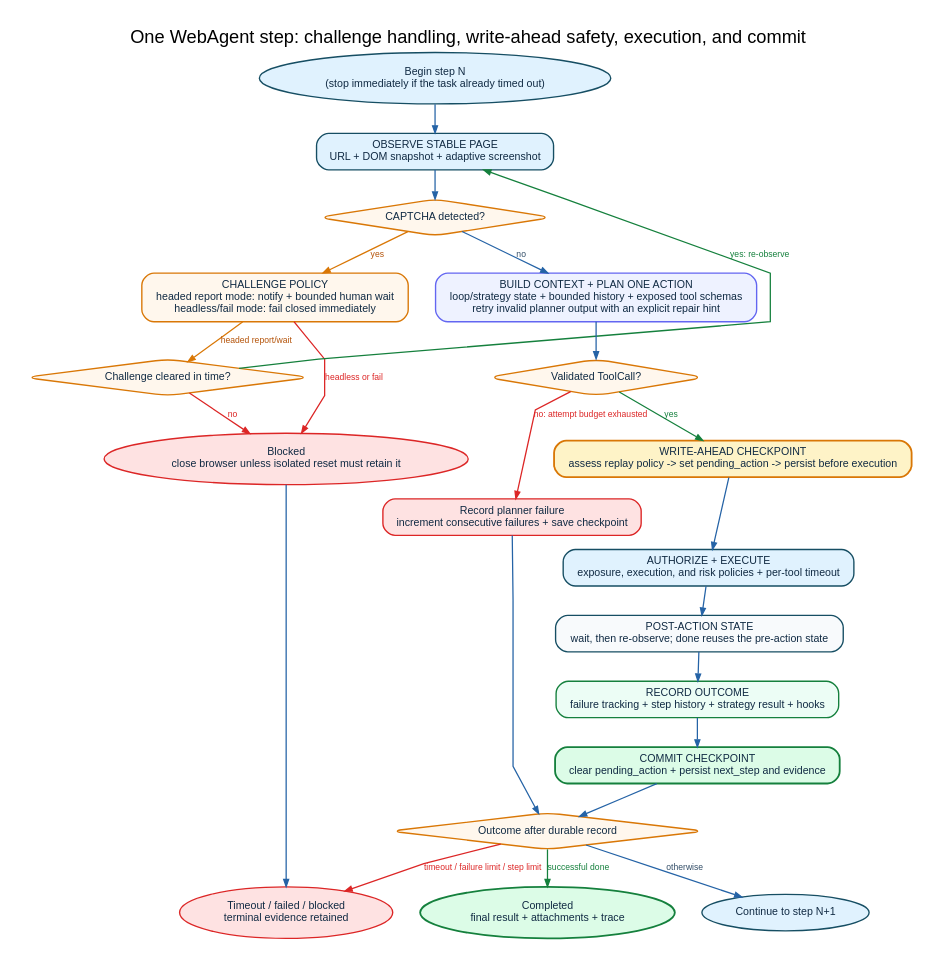
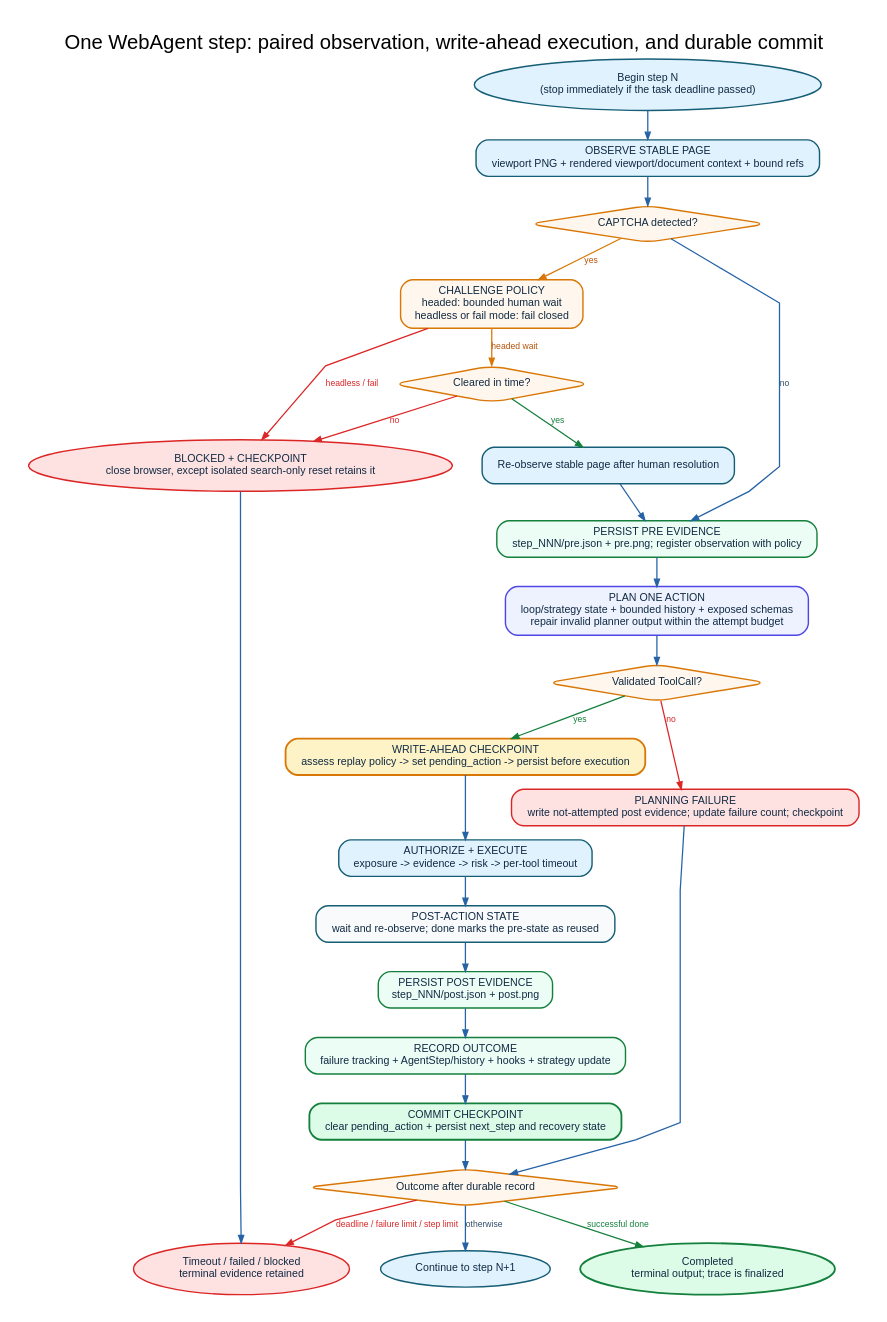
Before and after one commit to lixiuyin/web-agent: the diagram in docs/diagrams/agent-step-sequence.dot, drawn with Graphviz. The commit also changed 2535 other files, not shown here.

Commit message:
refactor agent and publish reviewed evaluation evidence

```diff
--- a/docs/diagrams/agent-step-sequence.dot
+++ b/docs/diagrams/agent-step-sequence.dot
@@ -1,92 +1,125 @@
 digraph WebAgentStep {
   graph [
     bgcolor="white",
     rankdir=TB,
     splines=polyline,
-    pad=0.22,
-    nodesep=0.38,
+    pad=0.28,
+    nodesep=0.40,
     ranksep=0.38,
     fontname="Arial",
-    fontsize=18,
+    fontsize=20,
     labelloc="t",
-    label="One WebAgent step: challenge handling, write-ahead safety, execution, and commit"
+    label="One WebAgent step: paired observation, write-ahead execution, and durable commit"
   ];
   node [
     shape=box,
     style="rounded,filled",
     fillcolor="#F8FAFC",
-    color="#164E63",
+    color="#155E75",
     fontcolor="#102A43",
     fontname="Arial",
     fontsize=10.5,
-    penwidth=1.35,
-    margin="0.15,0.09"
+    penwidth=1.4,
+    margin="0.16,0.09"
   ];
   edge [
     color="#2563A6",
     fontcolor="#334E68",
     fontname="Arial",
     fontsize=8.5,
     penwidth=1.25,
-    arrowsize=0.7
+    arrowsize=0.72
   ];
 
-  start [label="Begin step N\n(stop immediately if the task already timed out)", shape=oval, fillcolor="#E0F2FE"];
-  observe [label="OBSERVE STABLE PAGE\nURL + DOM snapshot + adaptive screenshot", fillcolor="#E0F2FE"];
+  start [label="Begin step N\n(stop immediately if the task deadline passed)", shape=oval, fillcolor="#E0F2FE"];
+  observe [
+    label="OBSERVE STABLE PAGE\nviewport PNG + rendered viewport/document context + bound refs",
+    fillcolor="#E0F2FE"
+  ];
   captcha [label="CAPTCHA detected?", shape=diamond, fillcolor="#FFF7ED", color="#D97706"];
   challenge [
-    label="CHALLENGE POLICY\nheaded report mode: notify + bounded human wait\nheadless/fail mode: fail closed immediately",
+    label="CHALLENGE POLICY\nheaded: bounded human wait\nheadless or fail mode: fail closed",
     fillcolor="#FFF7ED",
     color="#D97706"
   ];
-  cleared [label="Challenge cleared in time?", shape=diamond, fillcolor="#FFF7ED", color="#D97706"];
-  blocked [label="Blocked\nclose browser unless isolated reset must retain it", shape=oval, fillcolor="#FEE2E2", color="#DC2626"];
+  cleared [label="Cleared in time?", shape=diamond, fillcolor="#FFF7ED", color="#D97706"];
+  reobserve [label="Re-observe stable page after human resolution", fillcolor="#E0F2FE"];
+  blocked [
+    label="BLOCKED + CHECKPOINT\nclose browser, except isolated search-only reset retains it",
+    shape=oval,
+    fillcolor="#FEE2E2",
+    color="#DC2626"
+  ];
+  pre [
+    label="PERSIST PRE EVIDENCE\nstep_NNN/pre.json + pre.png; register observation with policy",
+    fillcolor="#ECFDF5",
+    color="#15803D"
+  ];
 
   plan [
-    label="BUILD CONTEXT + PLAN ONE ACTION\nloop/strategy state + bounded history + exposed tool schemas\nretry invalid planner output with an explicit repair hint",
+    label="PLAN ONE ACTION\nloop/strategy state + bounded history + exposed schemas\nrepair invalid planner output within the attempt budget",
     fillcolor="#EEF2FF",
-    color="#6366F1"
+    color="#4F46E5"
   ];
   valid [label="Validated ToolCall?", shape=diamond, fillcolor="#FFF7ED", color="#D97706"];
-  no_call [label="Record planner failure\nincrement consecutive failures + save checkpoint", fillcolor="#FEE2E2", color="#DC2626"];
+  no_call [
+    label="PLANNING FAILURE\nwrite not-attempted post evidence; update failure count; checkpoint",
+    fillcolor="#FEE2E2",
+    color="#DC2626"
+  ];
 
   write_ahead [
     label="WRITE-AHEAD CHECKPOINT\nassess replay policy -> set pending_action -> persist before execution",
     fillcolor="#FEF3C7",
     color="#D97706",
     penwidth=1.8
   ];
-  execute [label="AUTHORIZE + EXECUTE\nexposure, execution, and risk policies + per-tool timeout", fillcolor="#E0F2FE"];
-  post [label="POST-ACTION STATE\nwait, then re-observe; done reuses the pre-action state"];
-  record [label="RECORD OUTCOME\nfailure tracking + step history + strategy result + hooks", fillcolor="#ECFDF5", color="#15803D"];
+  execute [
+    label="AUTHORIZE + EXECUTE\nexposure -> evidence -> risk -> per-tool timeout",
+    fillcolor="#E0F2FE"
+  ];
+  post_state [
+    label="POST-ACTION STATE\nwait and re-observe; done marks the pre-state as reused"
+  ];
+  post [
+    label="PERSIST POST EVIDENCE\nstep_NNN/post.json + post.png",
+    fillcolor="#ECFDF5",
+    color="#15803D"
+  ];
+  record [
+    label="RECORD OUTCOME\nfailure tracking + AgentStep/history + hooks + strategy update",
+    fillcolor="#ECFDF5",
+    color="#15803D"
+  ];
   commit [
-    label="COMMIT CHECKPOINT\nclear pending_action + persist next_step and evidence",
+    label="COMMIT CHECKPOINT\nclear pending_action + persist next_step and recovery state",
     fillcolor="#DCFCE7",
     color="#15803D",
     penwidth=1.8
   ];
   outcome [label="Outcome after durable record", shape=diamond, fillcolor="#FFF7ED", color="#D97706"];
 
-  complete [label="Completed\nfinal result + attachments + trace", shape=oval, fillcolor="#DCFCE7", color="#15803D", penwidth=1.8];
+  complete [label="Completed\nterminal output; trace is finalized", shape=oval, fillcolor="#DCFCE7", color="#15803D", penwidth=1.8];
   failed [label="Timeout / failed / blocked\nterminal evidence retained", shape=oval, fillcolor="#FEE2E2", color="#DC2626"];
   next [label="Continue to step N+1", shape=oval, fillcolor="#E0F2FE"];
 
   start -> observe -> captcha;
-  captcha -> plan [label="no"];
+  captcha -> pre [label="no"];
   captcha -> challenge [label="yes", color="#D97706", fontcolor="#B45309"];
-  challenge -> cleared [label="headed report/wait", color="#D97706", fontcolor="#B45309"];
-  challenge -> blocked [label="headless or fail", color="#DC2626", fontcolor="#DC2626"];
-  cleared -> observe [label="yes: re-observe", color="#15803D", fontcolor="#15803D", constraint=false];
+  challenge -> cleared [label="headed wait", color="#D97706", fontcolor="#B45309"];
+  challenge -> blocked [label="headless / fail", color="#DC2626", fontcolor="#DC2626"];
+  cleared -> reobserve [label="yes", color="#15803D", fontcolor="#15803D"];
+  reobserve -> pre;
   cleared -> blocked [label="no", color="#DC2626", fontcolor="#DC2626"];
   blocked -> failed;
 
-  plan -> valid;
+  pre -> plan -> valid;
   valid -> write_ahead [label="yes", color="#15803D", fontcolor="#15803D"];
-  valid -> no_call [label="no: attempt budget exhausted", color="#DC2626", fontcolor="#DC2626"];
+  valid -> no_call [label="no", color="#DC2626", fontcolor="#DC2626"];
   no_call -> outcome;
 
-  write_ahead -> execute -> post -> record -> commit -> outcome;
+  write_ahead -> execute -> post_state -> post -> record -> commit -> outcome;
   outcome -> complete [label="successful done", color="#15803D", fontcolor="#15803D"];
-  outcome -> failed [label="timeout / failure limit / step limit", color="#DC2626", fontcolor="#DC2626"];
+  outcome -> failed [label="deadline / failure limit / step limit", color="#DC2626", fontcolor="#DC2626"];
   outcome -> next [label="otherwise"];
 }
```
